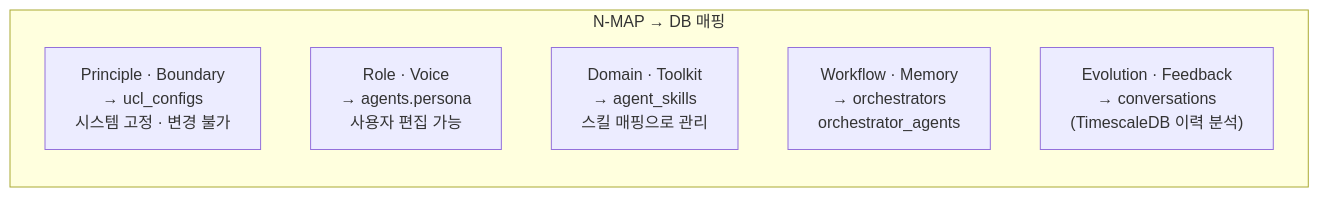
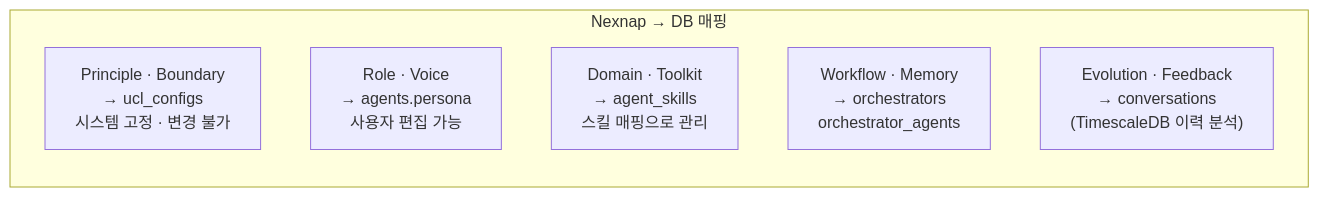
Before and after one commit to U2SOUTION/NEXA: the third of 6 diagrams in NEXA-Platform/docs/MAP XX GUIDE 전략 및 시나리오 가이드.md, drawn with Mermaid. The commit also changed other lines of this file and 76 other files, not shown here.

````diff
--- a/NEXA-Platform/docs/MAP XX GUIDE 전략 및 시나리오 가이드.md
+++ b/NEXA-Platform/docs/MAP XX GUIDE 전략 및 시나리오 가이드.md
@@ -80,10 +80,10 @@
 ```mermaid
 flowchart LR
-    subgraph ucl_db ["N-MAP → DB 매핑"]
+    subgraph ucl_db ["Nexnap → DB 매핑"]
         p["Principle · Boundary\n→ ucl_configs\n시스템 고정 · 변경 불가"]
         r["Role · Voice\n→ agents.persona\n사용자 편집 가능"]
         d["Domain · Toolkit\n→ agent_skills\n스킬 매핑으로 관리"]
         w["Workflow · Memory\n→ orchestrators\norchestrator_agents"]
         e["Evolution · Feedback\n→ conversations\n(TimescaleDB 이력 분석)"]
     end
 ```
````
